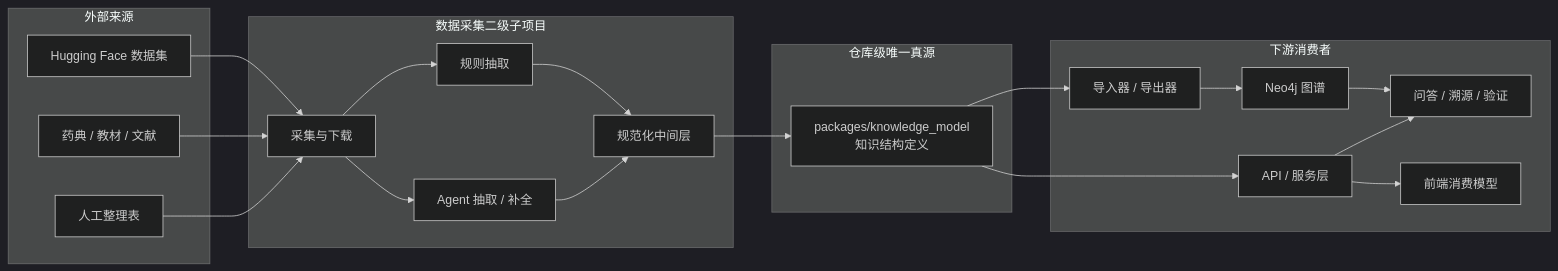
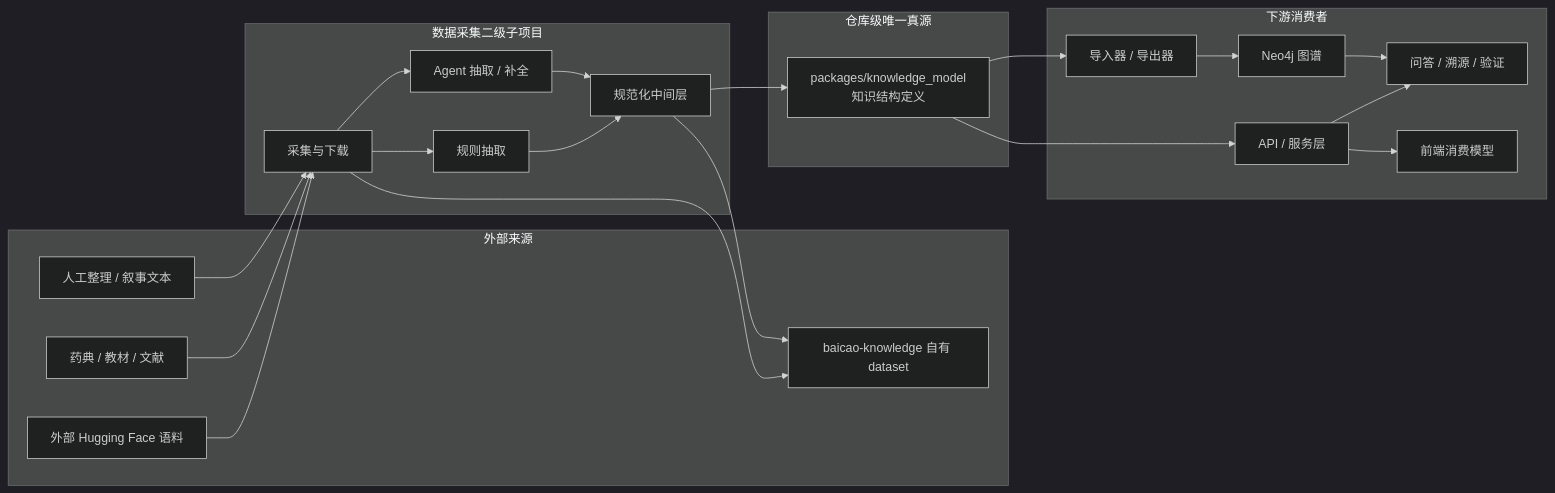
One commit to ticoAg/BaiCao changed the first of 3 diagrams in docs/architecture/knowledge-model-and-ingestion.md. Above: the diagram before and after it, drawn with Mermaid (dark theme). The commit also changed other lines of this file and 43 other files, not shown here.

````diff
--- a/docs/architecture/knowledge-model-and-ingestion.md
+++ b/docs/architecture/knowledge-model-and-ingestion.md
@@ -101,42 +101,45 @@
 ```mermaid
 flowchart LR
     subgraph Sources[外部来源]
-        HF[Hugging Face 数据集]
+        HF[外部 Hugging Face 语料]
         Pharm[药典 / 教材 / 文献]
-        Manual[人工整理表]
+        Manual[人工整理 / 叙事文本]
+        Own[baicao-knowledge 自有 dataset]
     end
 
     subgraph Ingestion[数据采集二级子项目]
         Collect[采集与下载]
         Rule[规则抽取]
         Agent[Agent 抽取 / 补全]
         Normalize[规范化中间层]
     end
 
     subgraph SSOT[仓库级唯一真源]
         KM[packages/knowledge_model<br/>知识结构定义]
     end
 
     subgraph Consumers[下游消费者]
         Importer[导入器 / 导出器]
         API[API / 服务层]
         Graph[Neo4j 图谱]
         QA[问答 / 溯源 / 验证]
         Web[前端消费模型]
     end
 
     HF --> Collect
     Pharm --> Collect
     Manual --> Collect
+    Collect --> Own
+    Normalize --> Own
     Collect --> Rule
     Collect --> Agent
     Rule --> Normalize
     Agent --> Normalize
     Normalize --> KM
     KM --> Importer
     KM --> API
     Importer --> Graph
     API --> QA
     API --> Web
     Graph --> QA
 ```
````
